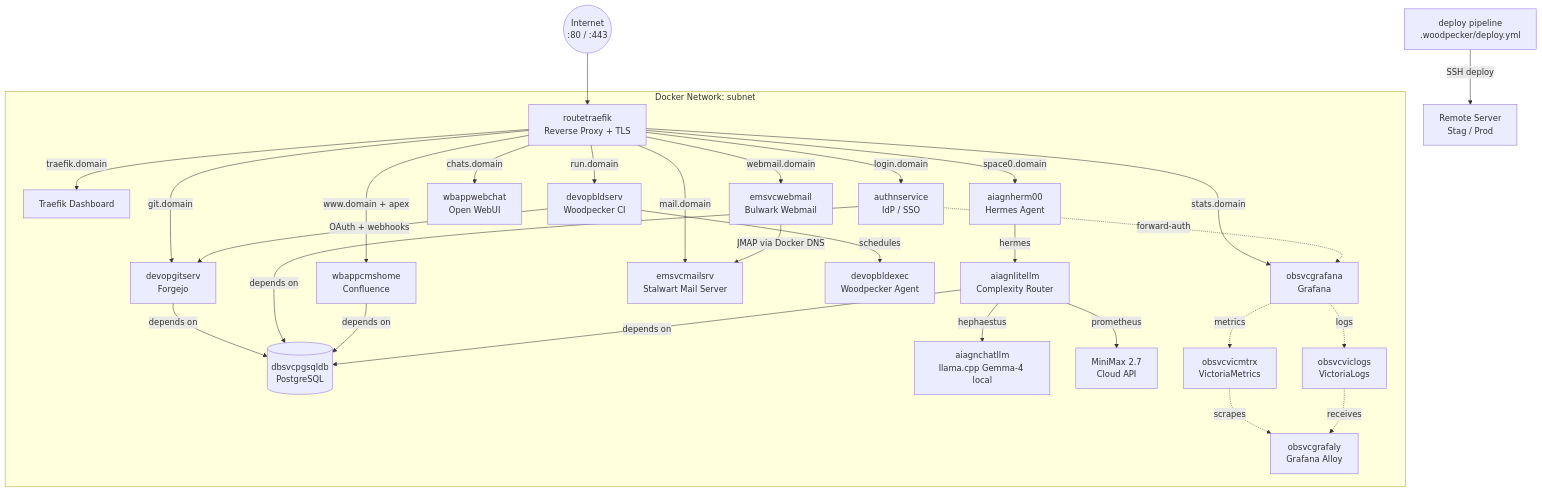
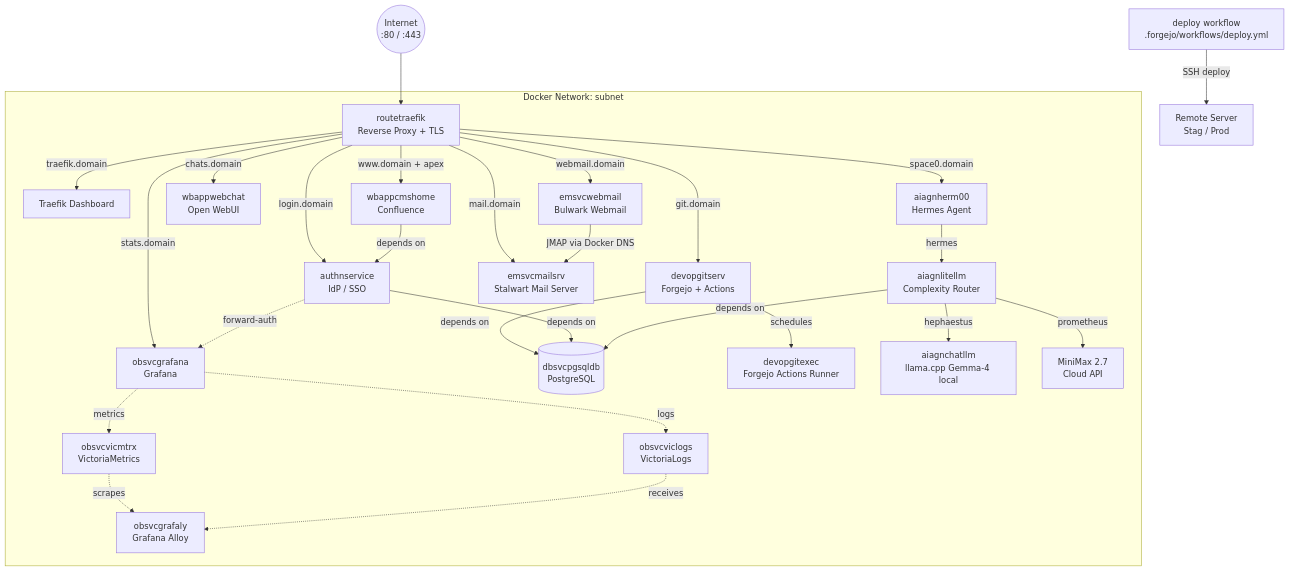
Before and after one commit to yongxinL/servicehub: the first of 2 diagrams in README.md, drawn with Mermaid. The commit also changed other lines of this file and 15 other files, not shown here.

````diff
--- a/README.md
+++ b/README.md
@@ -44,36 +44,34 @@
 ```mermaid
 graph TD
     Internet((Internet\n:80 / :443))
     Internet --> Traefik
 
     subgraph subnet[Docker Network: subnet]
         Traefik[routetraefik\nReverse Proxy + TLS]
         Traefik -->|traefik.domain| Dashboard[Traefik Dashboard]
         Traefik -->|login.domain| Authentik[authnservice\nIdP / SSO]
-        Traefik -->|git.domain| Forgejo[devopgitserv\nForgejo]
-        Traefik -->|run.domain| Woodpecker[devopbldserv\nWoodpecker CI]
+        Traefik -->|git.domain| Forgejo[devopgitserv\nForgejo + Actions]
         Traefik -->|www.domain + apex| Confluence[wbappcmshome\nConfluence]
         Traefik -->|chats.domain| OpenWebUI[wbappwebchat\nOpen WebUI]
         Traefik -->|space0.domain| Hermes[aiagnherm00\nHermes Agent]
         Traefik -->|stats.domain| Grafana[obsvcgrafana\nGrafana]
         Traefik -->|mail.domain| Stalwart[emsvcmailsrv\nStalwart Mail Server]
         Traefik -->|webmail.domain| Bulwark[emsvcwebmail\nBulwark Webmail]
         Bulwark -->|JMAP via Docker DNS| Stalwart
         Authentik -.->|forward-auth| Grafana
         Forgejo -->|depends on| PostgreSQL[(dbsvcpgsqldb\nPostgreSQL)]
         Authentik -->|depends on| PostgreSQL
-        Confluence -->|depends on| PostgreSQL
-        Woodpecker -->|OAuth + webhooks| Forgejo
-        Woodpecker -->|schedules| Agent[devopbldexec\nWoodpecker Agent]
+        Confluence -->|depends on| Authentik
+        Forgejo -->|schedules| Runner[devopgitexec\nForgejo Actions Runner]
         Hermes -->|hermes| LiteLLM[aiagnlitellm\nComplexity Router]
         LiteLLM -->|depends on| PostgreSQL
         LiteLLM -->|hephaestus| Gemma[aiagnchatllm\nllama.cpp Gemma-4 local]
         LiteLLM -->|prometheus| MiniMax[MiniMax 2.7\nCloud API]
         Grafana -.->|metrics| VM[obsvcvicmtrx\nVictoriaMetrics]
         Grafana -.->|logs| VL[obsvcviclogs\nVictoriaLogs]
         VM -.->|scrapes| Alloy[obsvcgrafaly\nGrafana Alloy]
         VL -.->|receives| Alloy
     end
 
-    WPDeploy[deploy pipeline\n.woodpecker/deploy.yml] -->|SSH deploy| RemoteServer[Remote Server\nStag / Prod]
+    WPDeploy[deploy workflow\n.forgejo/workflows/deploy.yml] -->|SSH deploy| RemoteServer[Remote Server\nStag / Prod]
 ```
````
